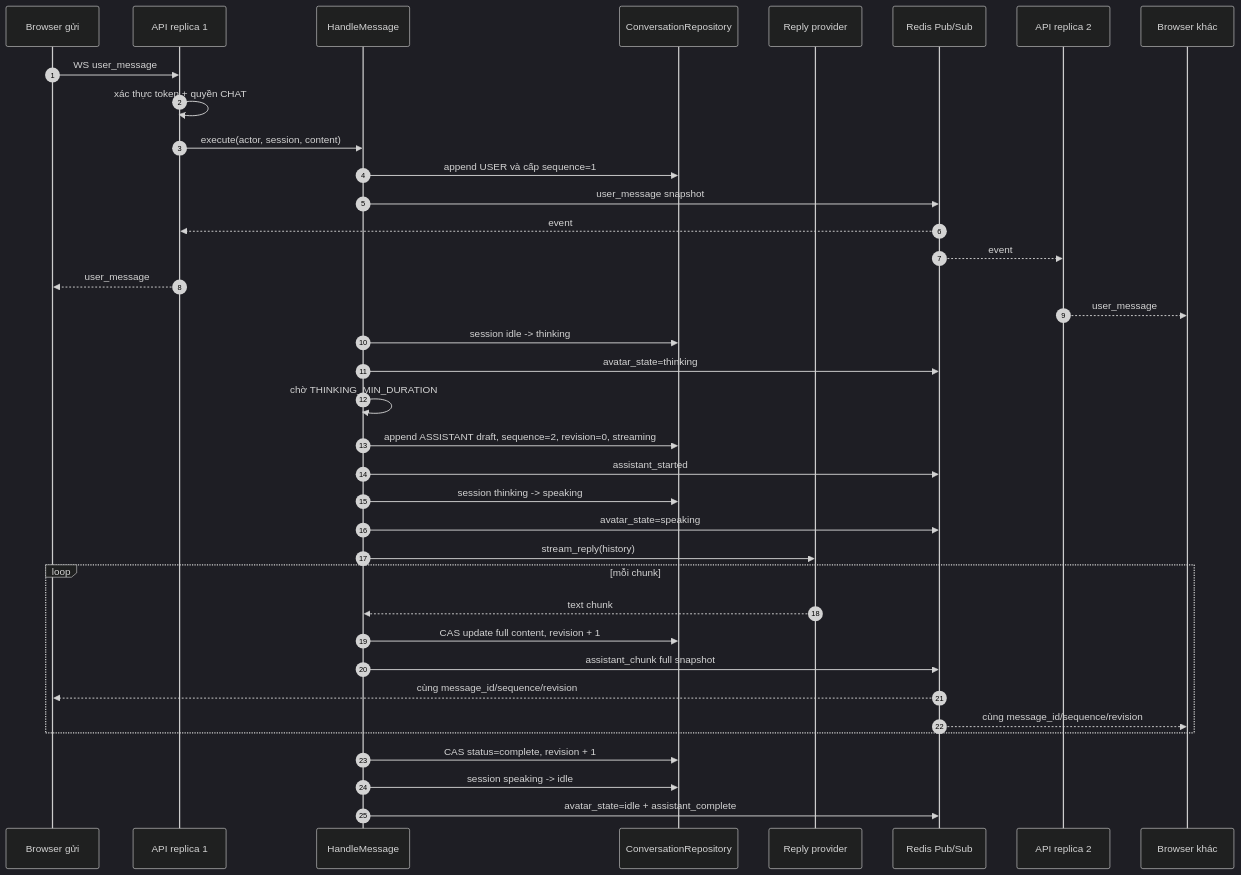
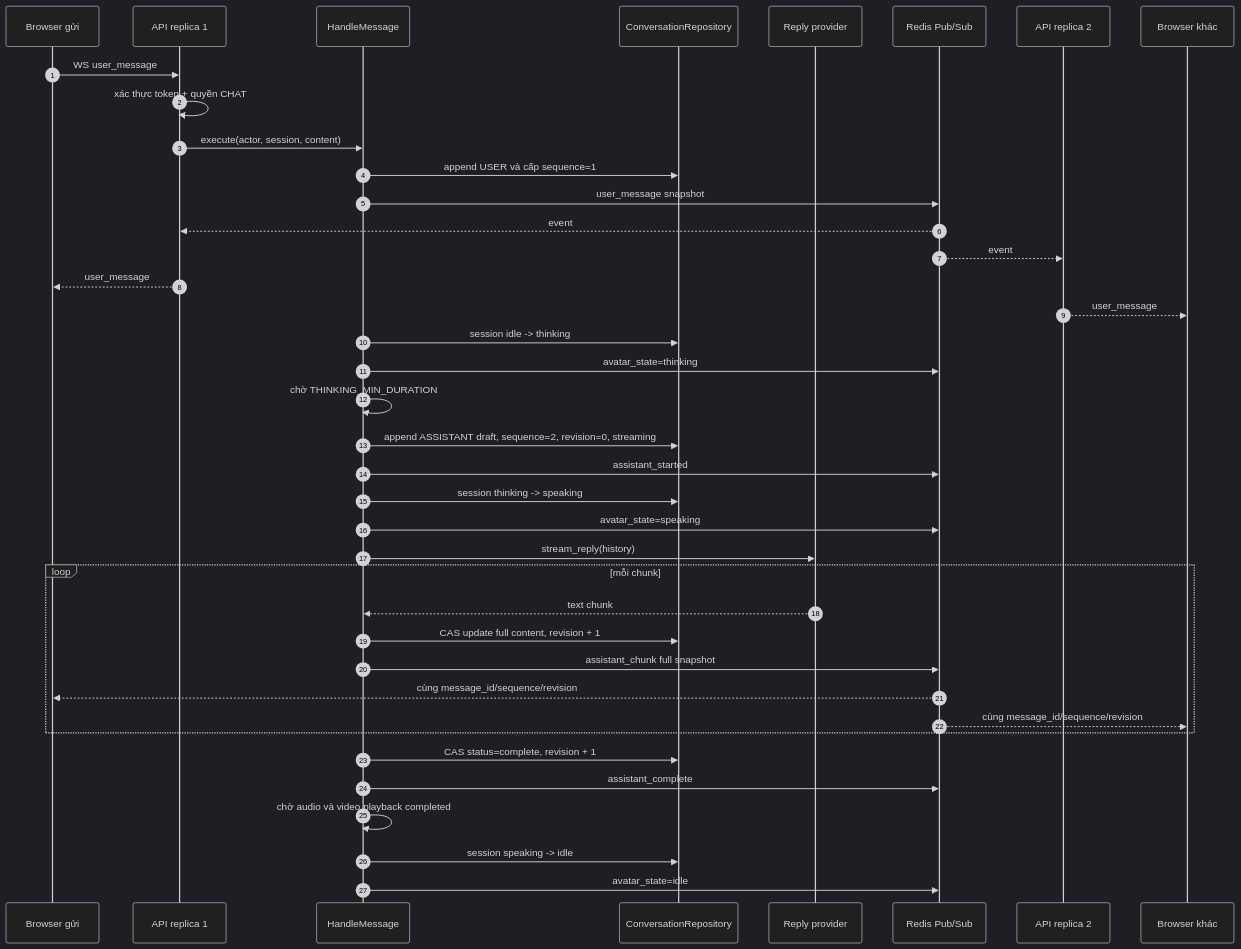
The fifth of 8 diagrams in docs/server-flow.md (thinhphan97/PersonaForge), drawn with Mermaid (dark theme) before and after one commit. The commit also changed other lines of this file and 81 other files, not shown here.

````diff
--- a/docs/server-flow.md
+++ b/docs/server-flow.md
@@ -176,43 +176,45 @@
 ```mermaid
 sequenceDiagram
     autonumber
     participant B1 as Browser gửi
     participant API1 as API replica 1
     participant H as HandleMessage
     participant DB as ConversationRepository
     participant M as Reply provider
     participant P as Redis Pub/Sub
     participant API2 as API replica 2
     participant B2 as Browser khác
 
     B1->>API1: WS user_message
     API1->>API1: xác thực token + quyền CHAT
     API1->>H: execute(actor, session, content)
     H->>DB: append USER và cấp sequence=1
     H->>P: user_message snapshot
     P-->>API1: event
     P-->>API2: event
     API1-->>B1: user_message
     API2-->>B2: user_message
 
     H->>DB: session idle -> thinking
     H->>P: avatar_state=thinking
     H->>H: chờ THINKING_MIN_DURATION
     H->>DB: append ASSISTANT draft, sequence=2, revision=0, streaming
     H->>P: assistant_started
     H->>DB: session thinking -> speaking
     H->>P: avatar_state=speaking
 
     H->>M: stream_reply(history)
     loop mỗi chunk
         M-->>H: text chunk
         H->>DB: CAS update full content, revision + 1
         H->>P: assistant_chunk full snapshot
         P-->>B1: cùng message_id/sequence/revision
         P-->>B2: cùng message_id/sequence/revision
     end
 
     H->>DB: CAS status=complete, revision + 1
+    H->>P: assistant_complete
+    H->>H: chờ audio và video playback completed
     H->>DB: session speaking -> idle
-    H->>P: avatar_state=idle + assistant_complete
+    H->>P: avatar_state=idle
 ```
````
